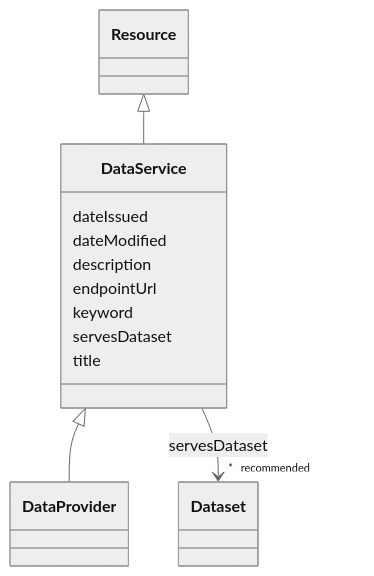
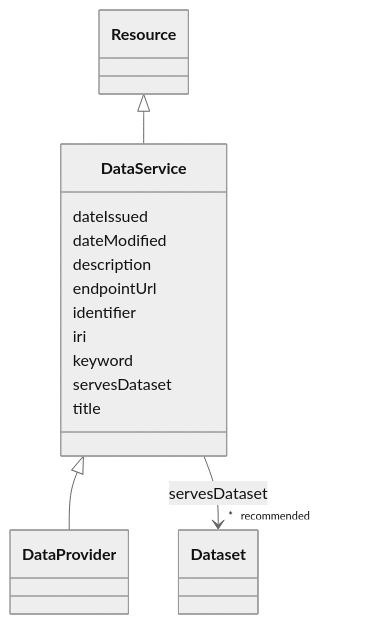
Before and after one commit to EVORA-project/evora-ontology: the diagram in models/docs/DataService.md, drawn with Mermaid (neutral theme). The commit also changed other lines of this file and 391 other files, not shown here.

````diff
--- a/models/docs/DataService.md
+++ b/models/docs/DataService.md
@@ -21,35 +21,39 @@
 ```mermaid
  classDiagram
     class DataService
     click DataService href "../DataService"
       Resource <|-- DataService
         click Resource href "../Resource"
       
 
       DataService <|-- DataProvider
         click DataProvider href "../DataProvider"
       
       
       DataService : dateIssued
         
       DataService : dateModified
         
       DataService : description
         
       DataService : endpointUrl
         
+      DataService : identifier
+        
+      DataService : iri
+        
       DataService : keyword
         
       DataService : servesDataset
         
           
     
     
     DataService --> "* _recommended_" Dataset : servesDataset
     click Dataset href "../Dataset"
 
         
       DataService : title
         
       
 ```
````
